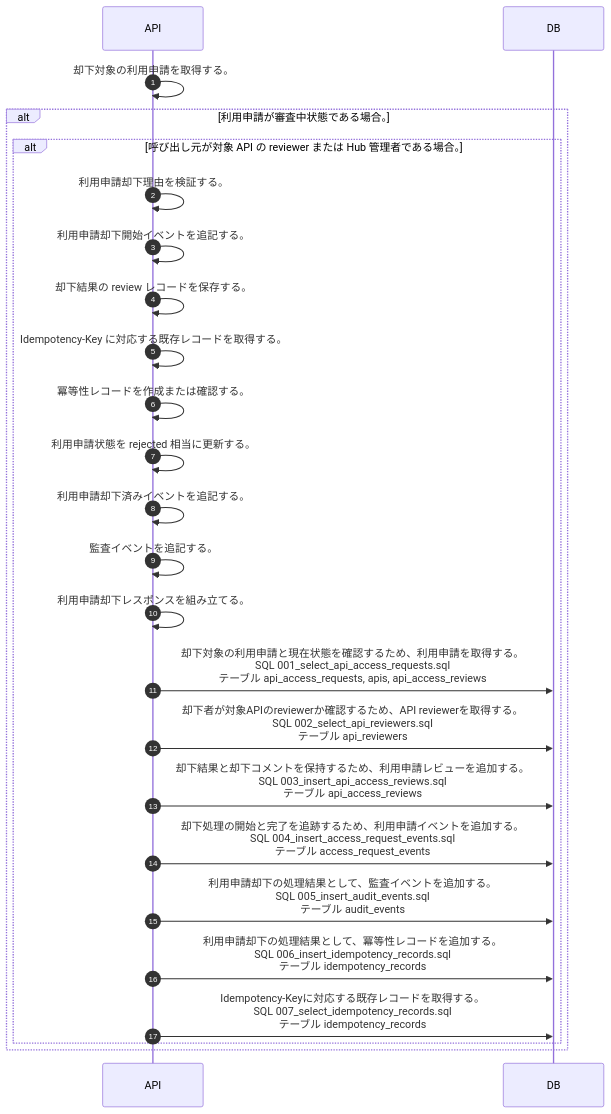
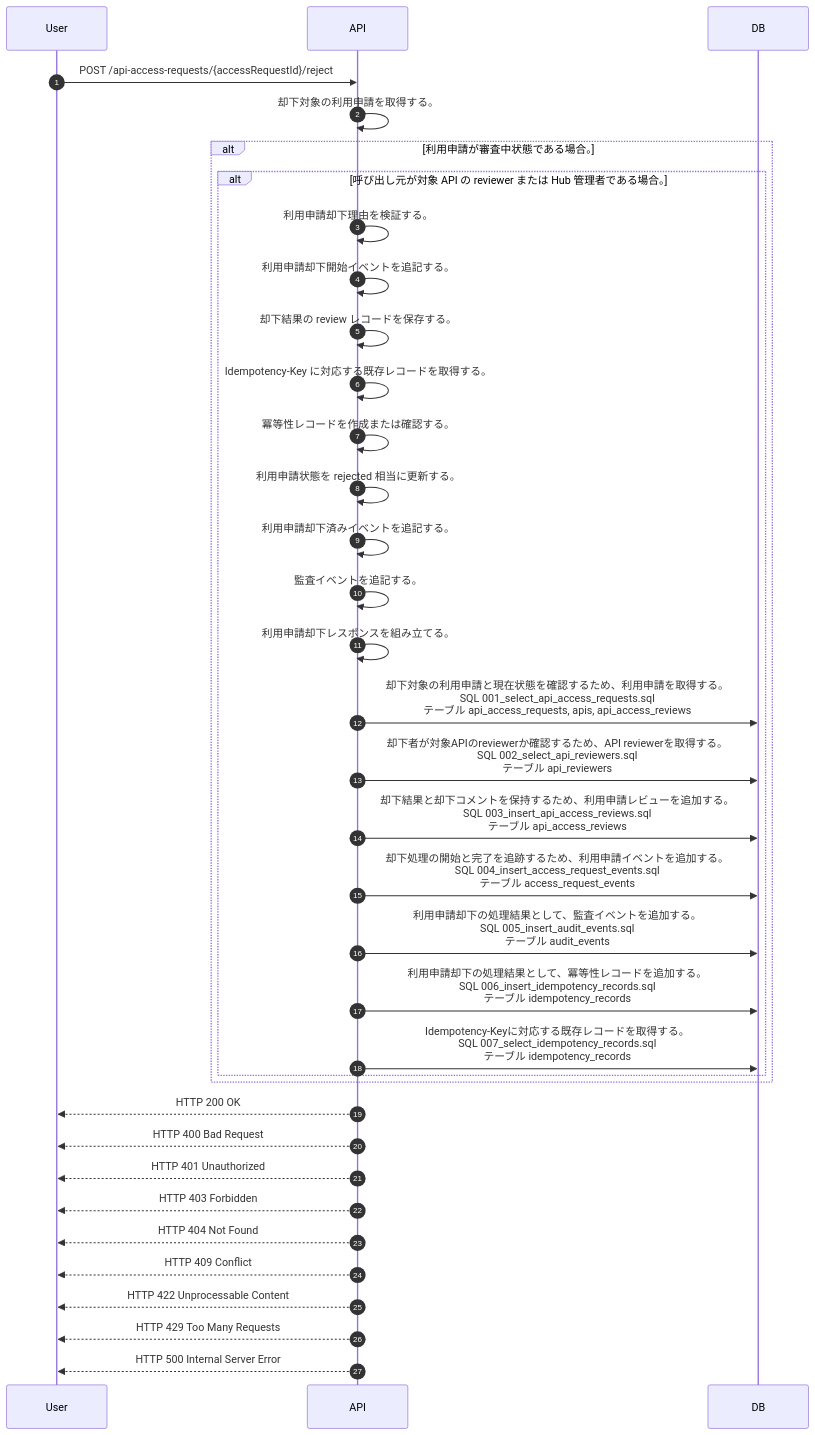
Before and after one commit to tsuji-tomonori/lazunex: the diagram in docs/spec/40.apis/api_access_requests/reject_api_access_request/sequence_gen.md, drawn with Mermaid. The commit also changed 21 other files, not shown here.

Commit message:
✨ feat(sequence): HTTP status を sequence 生成に反映

````diff
--- a/docs/spec/40.apis/api_access_requests/reject_api_access_request/sequence_gen.md
+++ b/docs/spec/40.apis/api_access_requests/reject_api_access_request/sequence_gen.md
@@ -5,27 +5,38 @@
 ```mermaid
 sequenceDiagram
   autonumber
+  participant User as User
   participant API as API
   participant DB as DB
+  User->>API: POST /api-access-requests/{accessRequestId}/reject
   API->>API: 却下対象の利用申請を取得する。
   alt 利用申請が審査中状態である場合。
     alt 呼び出し元が対象 API の reviewer または Hub 管理者である場合。
       API->>API: 利用申請却下理由を検証する。
       API->>API: 利用申請却下開始イベントを追記する。
       API->>API: 却下結果の review レコードを保存する。
       API->>API: Idempotency-Key に対応する既存レコードを取得する。
       API->>API: 冪等性レコードを作成または確認する。
       API->>API: 利用申請状態を rejected 相当に更新する。
       API->>API: 利用申請却下済みイベントを追記する。
       API->>API: 監査イベントを追記する。
       API->>API: 利用申請却下レスポンスを組み立てる。
       API->>DB: 却下対象の利用申請と現在状態を確認するため、利用申請を取得する。<br/>SQL 001_select_api_access_requests.sql<br/>テーブル api_access_requests, apis, api_access_reviews
       API->>DB: 却下者が対象APIのreviewerか確認するため、API reviewerを取得する。<br/>SQL 002_select_api_reviewers.sql<br/>テーブル api_reviewers
       API->>DB: 却下結果と却下コメントを保持するため、利用申請レビューを追加する。<br/>SQL 003_insert_api_access_reviews.sql<br/>テーブル api_access_reviews
       API->>DB: 却下処理の開始と完了を追跡するため、利用申請イベントを追加する。<br/>SQL 004_insert_access_request_events.sql<br/>テーブル access_request_events
       API->>DB: 利用申請却下の処理結果として、監査イベントを追加する。<br/>SQL 005_insert_audit_events.sql<br/>テーブル audit_events
       API->>DB: 利用申請却下の処理結果として、冪等性レコードを追加する。<br/>SQL 006_insert_idempotency_records.sql<br/>テーブル idempotency_records
       API->>DB: Idempotency-Keyに対応する既存レコードを取得する。<br/>SQL 007_select_idempotency_records.sql<br/>テーブル idempotency_records
     end
   end
+  API-->>User: HTTP 200 OK
+  API-->>User: HTTP 400 Bad Request
+  API-->>User: HTTP 401 Unauthorized
+  API-->>User: HTTP 403 Forbidden
+  API-->>User: HTTP 404 Not Found
+  API-->>User: HTTP 409 Conflict
+  API-->>User: HTTP 422 Unprocessable Content
+  API-->>User: HTTP 429 Too Many Requests
+  API-->>User: HTTP 500 Internal Server Error
 ```
````
